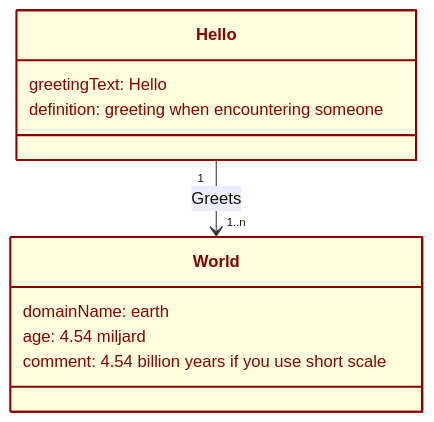
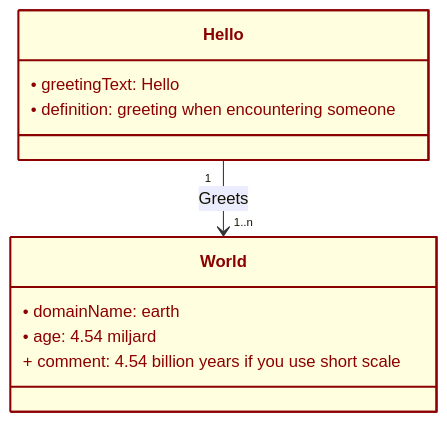
Before and after one commit to bartbink/sample: the diagram in DemanticTemplate.md, drawn with Mermaid. The commit also changed other lines of this file, not shown here.

````diff
--- a/DemanticTemplate.md
+++ b/DemanticTemplate.md
@@ -68,17 +68,16 @@
 ```mermaid
 classDiagram
 direction TB
 class  Hello  {
-greetingText: Hello
-definition: greeting when  encountering someone
+• greetingText: Hello
+• definition: greeting when  encountering someone
 }
 class  World  {
-domainName: earth
-age: 4.54 miljard
-comment: 4.54 billion years  if you  use short  scale
+• domainName: earth
+• age: 4.54 miljard
++ comment: 4.54 billion years  if you  use short  scale
 }
-Hello  "1"  -->  "1..n"  World : Greets
+Hello  "1"  --> "1..n"  World : Greets
 
-style Hello fill:#ffffe0,stroke:#8b0000,stroke-width:2px,color:#8b0000
-style World fill:#ffffe0,stroke:#8b0000,stroke-width:2px,color:#8b0000
+classDef default fill:#ffffe0,stroke:#8b0000,stroke-width:2px,color:#8b0000
 ```
````
